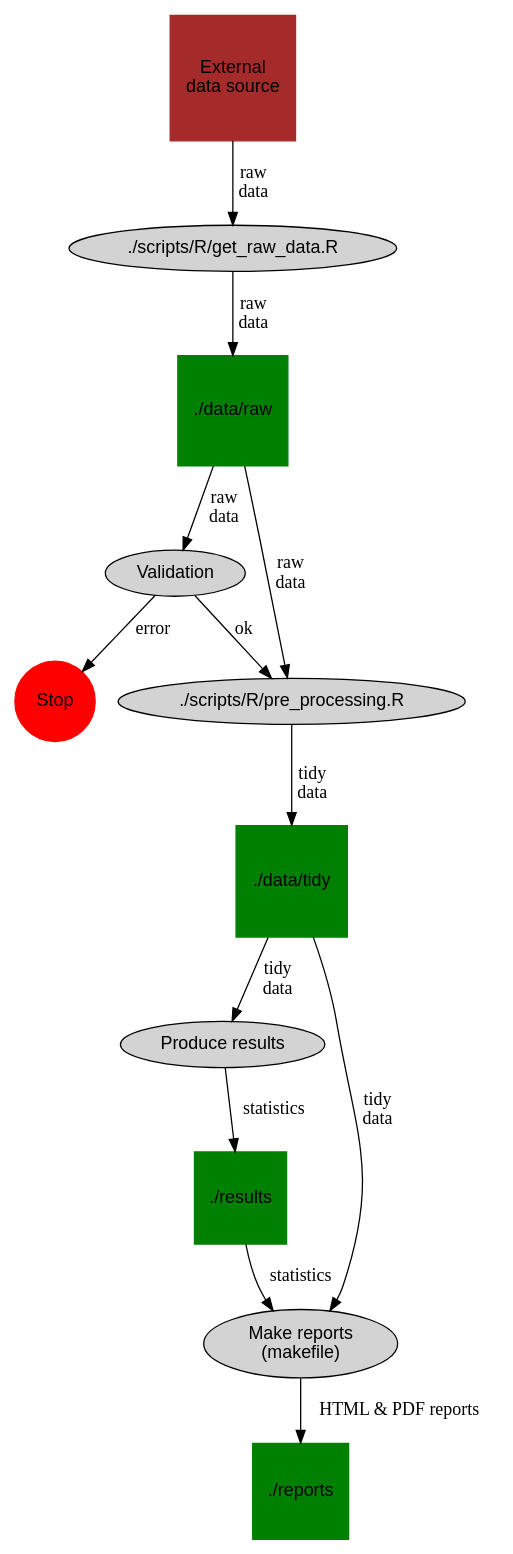
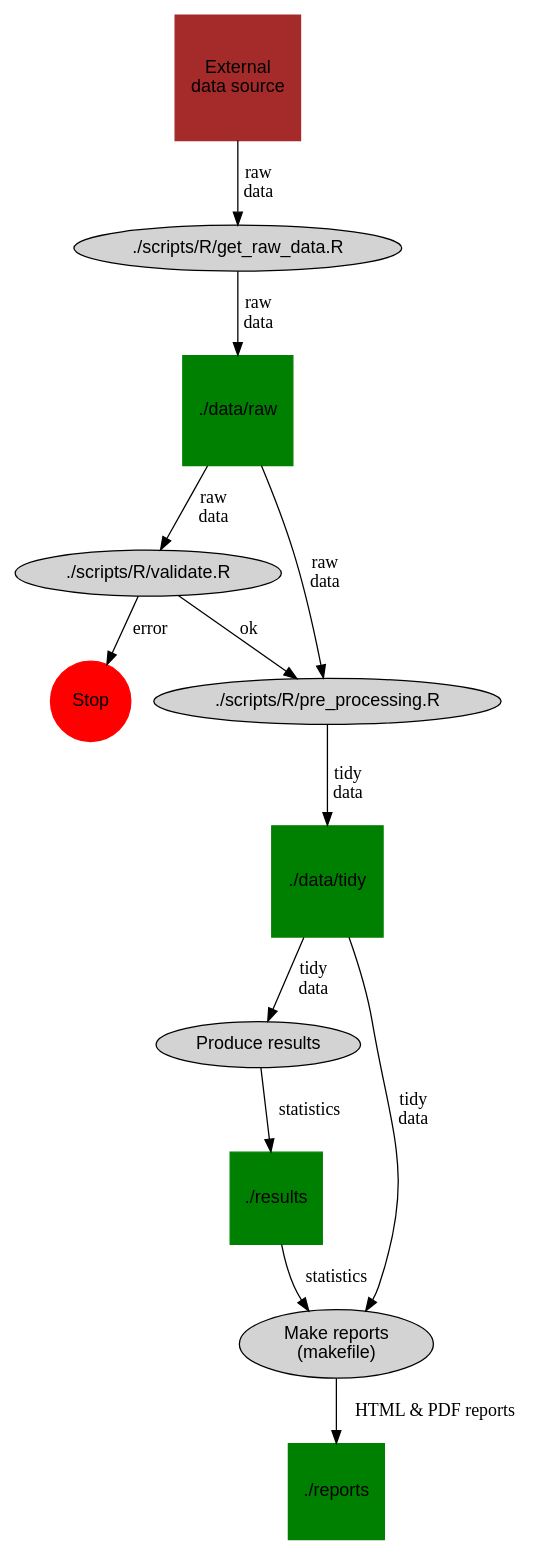
One commit to reisfe/data_workflow changed the diagram in workflow.gv. Above: the diagram before and after it, drawn with Graphviz. The commit also changed 1 other file, not shown here.

Commit message:
Added validate script

```diff
--- a/workflow.gv
+++ b/workflow.gv
@@ -1,38 +1,38 @@
 digraph {
   
   node[style = filled,
        fontname = "helvetica"]
   
   # Nodes
   ## External entities
   data_source[label = "External\ndata source", shape = square, color = Brown];
   
   ## Data stores
   raw_data_store[label = "./data/raw", shape = square, color = Green];
   tidy_data_store[label = "./data/tidy", shape = square, color = Green];
   results_store[label = "./results", shape = square, color = Green];
   reports_store[label = "./reports", shape = square, color = Green];
   
   ## Processes (scripts)
   acquire_data[label = "./scripts/R/get_raw_data.R"]
-  validate_data[label = "Validation"];
+  validate_data[label = "./scripts/R/validate.R"];
   pre_process[label = "./scripts/R/pre_processing.R"];
   produce_results[label = "Produce results"];
   make_reports[label = "Make reports\n(makefile)"];
   
   stop[label = "Stop", shape = circle, color = Red]
   
   # Edges (data flows)
   data_source -> acquire_data[label = "raw\ndata"]
   acquire_data -> raw_data_store[label = "raw\ndata"]
   raw_data_store -> validate_data[label = "raw\ndata"];
   validate_data -> pre_process[label = "ok"];
   validate_data -> stop[label = "error"];
   raw_data_store -> pre_process[label = "raw\ndata"]
   pre_process -> tidy_data_store[label = "tidy\ndata"];
   tidy_data_store -> produce_results[label = "tidy\ndata"];
   produce_results -> results_store[label = "statistics"];
   results_store -> make_reports[label = "statistics"];
   tidy_data_store -> make_reports[label = "tidy\ndata"];
   make_reports -> reports_store[label = "HTML & PDF reports"];
 }
```
